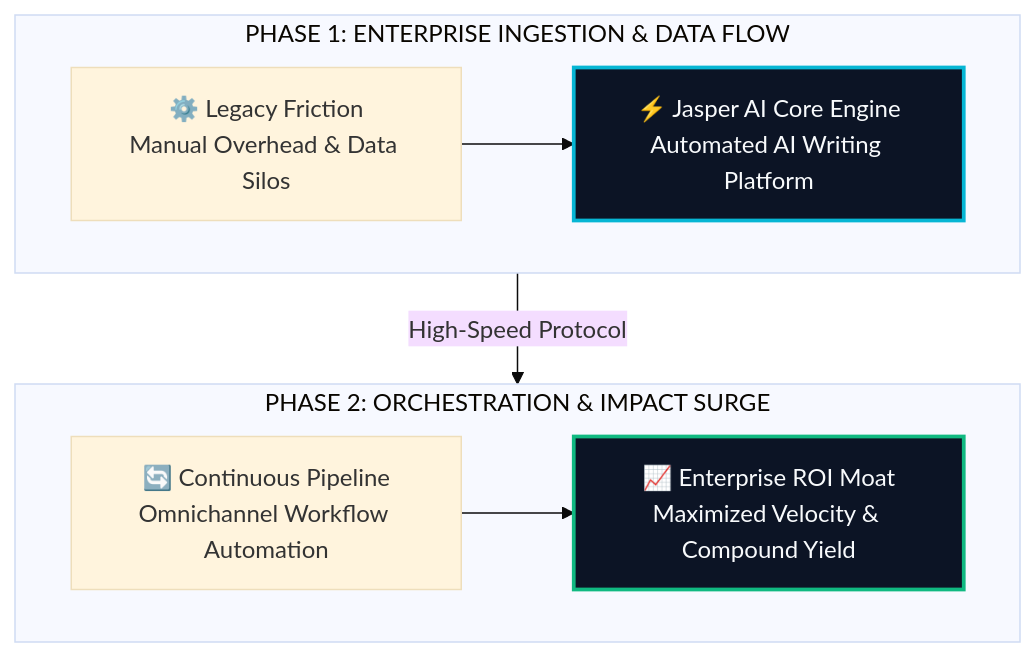
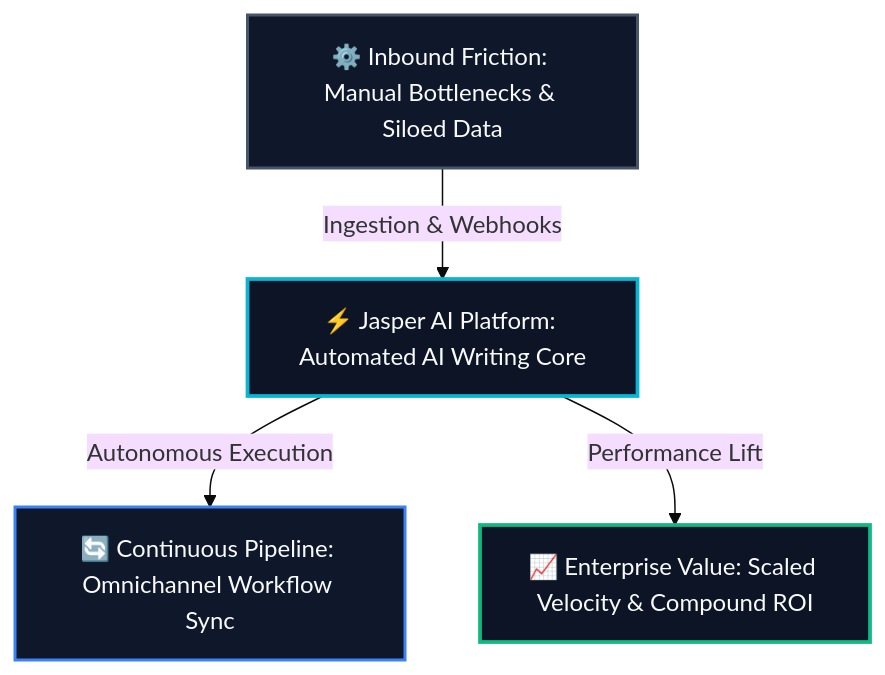
Before and after one commit to heliatech-media/saas-radar: the diagram in site/src/content/blog/jasper-ai-evolution-guide-2026.md, drawn with Mermaid (base theme). The commit also changed 93 other files, not shown here.

First line of the commit message:
fix(diagrams): resolve dagre-d3 subgraph collision by migrating to balanced 3-tier Hub & Spoke architecture

````diff
--- a/site/src/content/blog/jasper-ai-evolution-guide-2026.md
+++ b/site/src/content/blog/jasper-ai-evolution-guide-2026.md
@@ -63,14 +63,14 @@
 ```mermaid
 flowchart TD
-    subgraph S1["PHASE 1: ENTERPRISE INGESTION & DATA FLOW"]
-        direction LR
-        A["⚙️ Legacy Friction<br/>Manual Overhead & Data Silos"] --> B["⚡ Jasper AI Core Engine<br/>Automated AI Writing Platform"]
-    end
-    subgraph S2["PHASE 2: ORCHESTRATION & IMPACT SURGE"]
-        direction LR
-        C["🔄 Continuous Pipeline<br/>Omnichannel Workflow Automation"] --> D["📈 Enterprise ROI Moat<br/>Maximized Velocity & Compound Yield"]
-    end
-    S1 -->|High-Speed Protocol| S2
-    style B fill:#0c1425,stroke:#06b6d4,stroke-width:2.5px,color:#f8fafc
-    style D fill:#0c1425,stroke:#10b981,stroke-width:2.5px,color:#f8fafc
+    Inp["⚙️ Inbound Friction: Manual Bottlenecks & Siloed Data"]
+    Eng["⚡ Jasper AI Platform: Automated AI Writing Core"]
+    Out1["🔄 Continuous Pipeline: Omnichannel Workflow Sync"]
+    Out2["📈 Enterprise Value: Scaled Velocity & Compound ROI"]
+    Inp -->|Ingestion & Webhooks| Eng
+    Eng -->|Autonomous Execution| Out1
+    Eng -->|Performance Lift| Out2
+    style Inp fill:#0f172a,stroke:#475569,stroke-width:2px,color:#f8fafc
+    style Eng fill:#0c1425,stroke:#06b6d4,stroke-width:2.5px,color:#f8fafc
+    style Out1 fill:#0f172a,stroke:#3b82f6,stroke-width:2px,color:#f8fafc
+    style Out2 fill:#0c1425,stroke:#10b981,stroke-width:2.5px,color:#f8fafc
 ```
````
